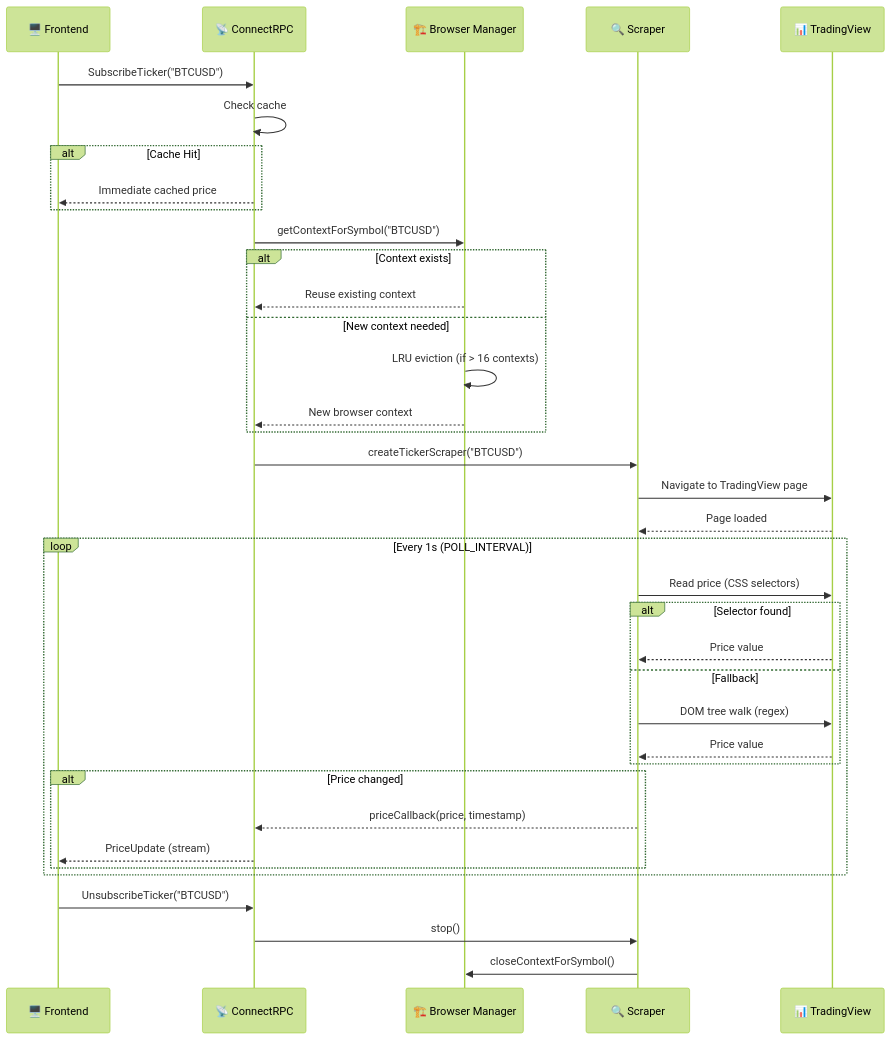
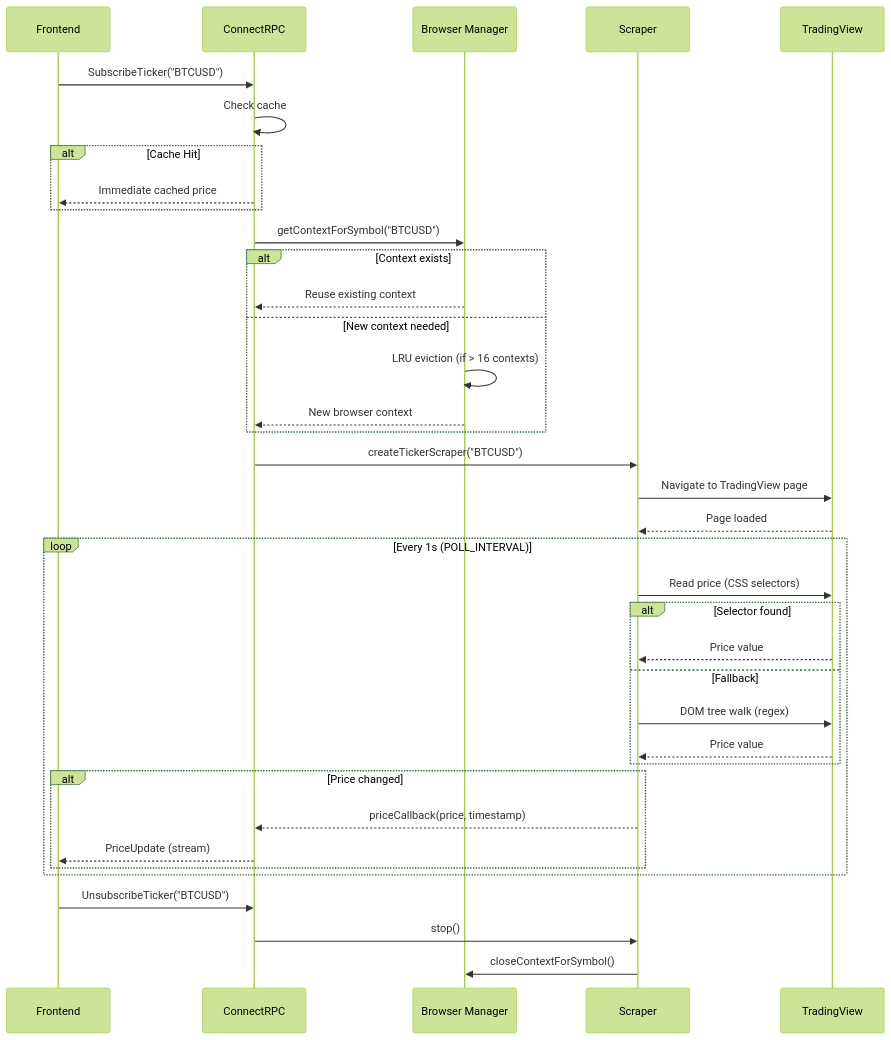
Before and after one commit to HarshaVardhanMannem/CryptoNexus: the third of 4 diagrams in README.md, drawn with Mermaid (forest theme). The commit also changed other lines of this file, not shown here.

````diff
--- a/README.md
+++ b/README.md
@@ -160,48 +199,48 @@
 ```mermaid
 sequenceDiagram
-    participant FE as 🖥️ Frontend
-    participant RPC as 📡 ConnectRPC
-    participant BM as 🏗️ Browser Manager
-    participant SC as 🔍 Scraper
-    participant TV as 📊 TradingView
+    participant FE as Frontend
+    participant RPC as ConnectRPC
+    participant BM as Browser Manager
+    participant SC as Scraper
+    participant TV as TradingView
 
     FE->>RPC: SubscribeTicker("BTCUSD")
     RPC->>RPC: Check cache
-    
+
     alt Cache Hit
         RPC-->>FE: Immediate cached price
     end
 
     RPC->>BM: getContextForSymbol("BTCUSD")
-    
+
     alt Context exists
         BM-->>RPC: Reuse existing context
     else New context needed
         BM->>BM: LRU eviction (if > 16 contexts)
         BM-->>RPC: New browser context
     end
 
     RPC->>SC: createTickerScraper("BTCUSD")
     SC->>TV: Navigate to TradingView page
     TV-->>SC: Page loaded
 
     loop Every 1s (POLL_INTERVAL)
         SC->>TV: Read price (CSS selectors)
-        
+
         alt Selector found
             TV-->>SC: Price value
         else Fallback
             SC->>TV: DOM tree walk (regex)
             TV-->>SC: Price value
         end
 
         alt Price changed
             SC-->>RPC: priceCallback(price, timestamp)
             RPC-->>FE: PriceUpdate (stream)
         end
     end
 
     FE->>RPC: UnsubscribeTicker("BTCUSD")
     RPC->>SC: stop()
     SC->>BM: closeContextForSymbol()
 ```
````
